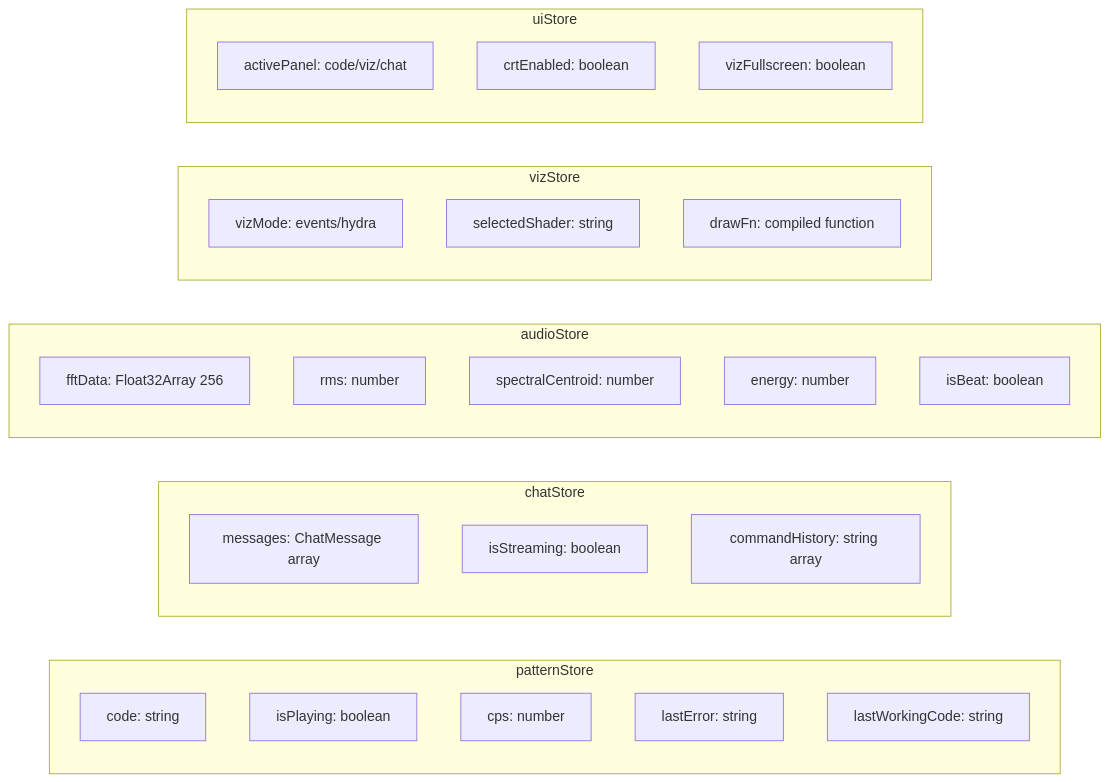
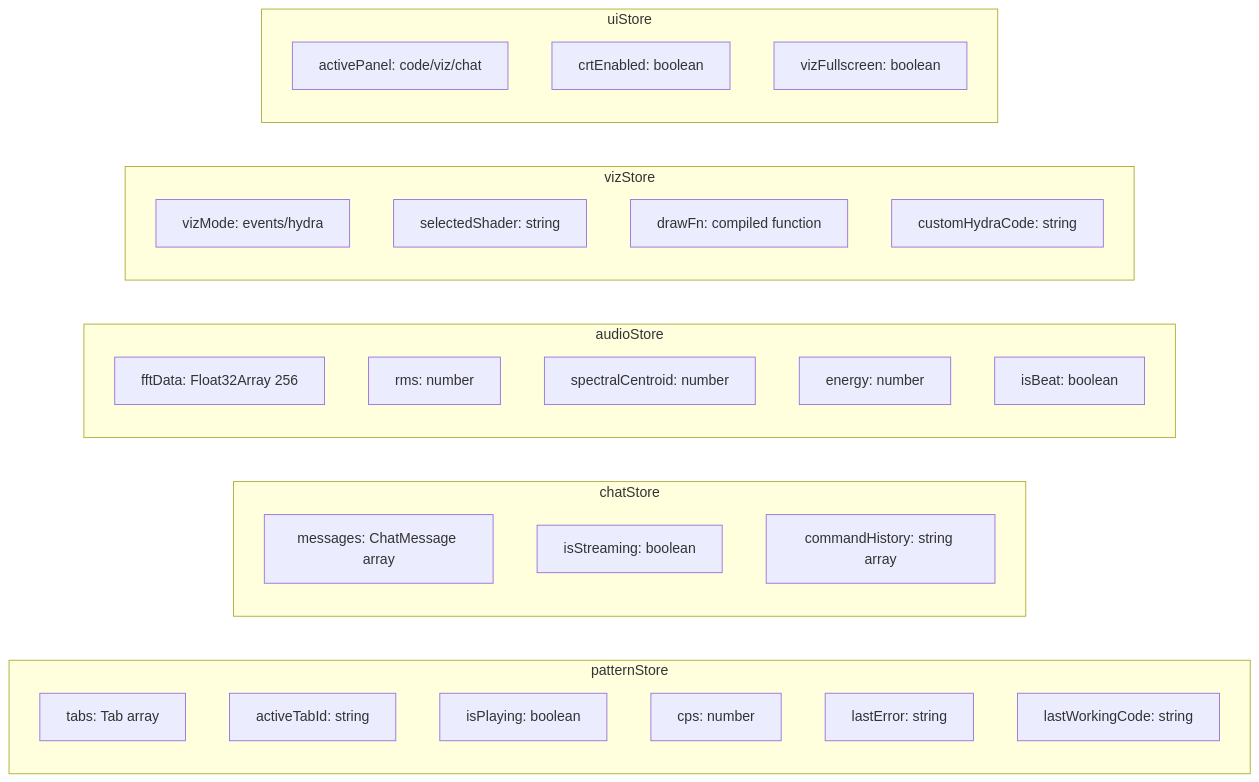
The fourth of 21 diagrams in docs/how-it-works.md (weathermachine/EuroHack), drawn with Mermaid before and after one commit. The commit also changed other lines of this file and 5 other files, not shown here.

````diff
--- a/docs/how-it-works.md
+++ b/docs/how-it-works.md
@@ -193,36 +196,38 @@
 ```mermaid
 graph LR
     subgraph patternStore
-        CODE[code: string]
+        TABS[tabs: Tab array]
+        ACTIVE[activeTabId: string]
         PLAYING[isPlaying: boolean]
         CPS[cps: number]
         ERROR[lastError: string]
         LWC[lastWorkingCode: string]
     end
 
     subgraph chatStore
         MSGS[messages: ChatMessage array]
         STREAM[isStreaming: boolean]
         HIST[commandHistory: string array]
     end
 
     subgraph audioStore
         FFT[fftData: Float32Array 256]
         RMS[rms: number]
         SC[spectralCentroid: number]
         ENERGY[energy: number]
         BEAT[isBeat: boolean]
     end
 
     subgraph vizStore
         VMODE[vizMode: events/hydra]
         SHADER[selectedShader: string]
         DRAWFN[drawFn: compiled function]
+        HYDRA_CODE[customHydraCode: string]
     end
 
     subgraph uiStore
         PANEL[activePanel: code/viz/chat]
         CRT[crtEnabled: boolean]
         VFULL[vizFullscreen: boolean]
     end
 ```
````
